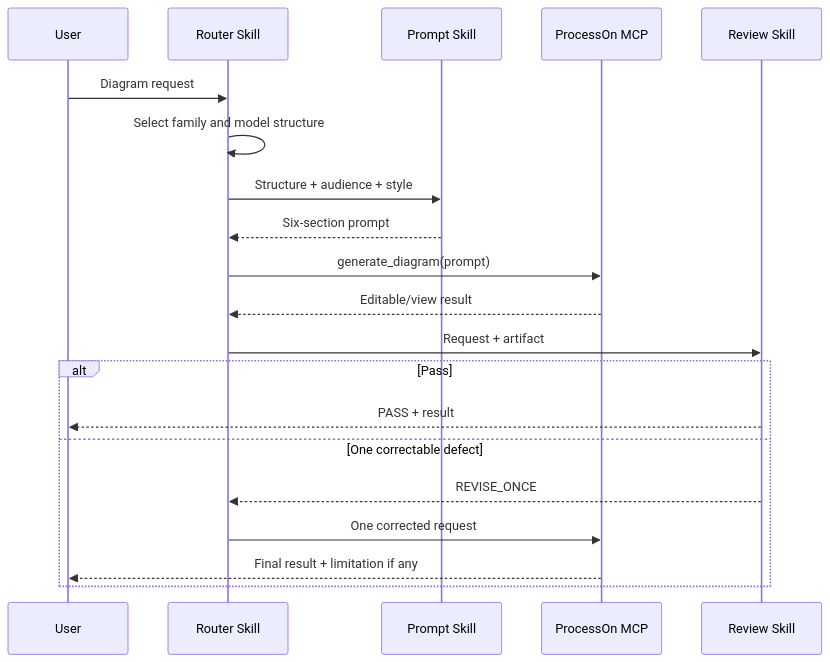
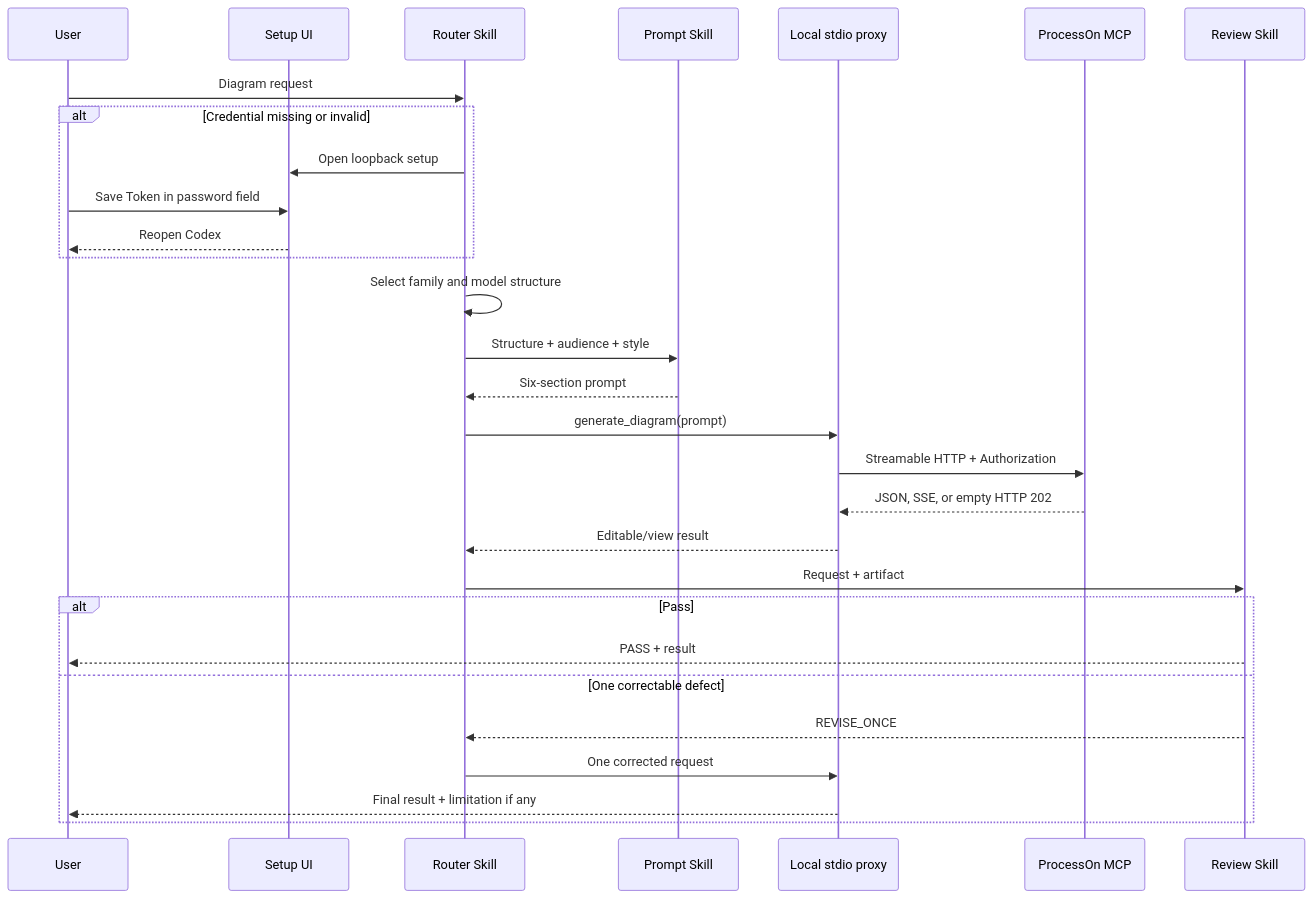
One commit to full-stack-plugins/partme-processon-plugin changed the diagram in docs/Codex-ProcessOn-Plugin-Technical-Solution.md. Above: the diagram before and after it, drawn with Mermaid. The commit also changed other lines of this file and 9 other files, not shown here.

````diff
--- a/docs/Codex-ProcessOn-Plugin-Technical-Solution.md
+++ b/docs/Codex-ProcessOn-Plugin-Technical-Solution.md
@@ -9,22 +9,31 @@
 ```mermaid
 sequenceDiagram
     participant U as User
+    participant S as Setup UI
     participant R as Router Skill
     participant P as Prompt Skill
+    participant X as Local stdio proxy
     participant M as ProcessOn MCP
     participant Q as Review Skill
     U->>R: Diagram request
+    alt Credential missing or invalid
+        R->>S: Open loopback setup
+        U->>S: Save Token in password field
+        S-->>U: Reopen Codex
+    end
     R->>R: Select family and model structure
     R->>P: Structure + audience + style
     P-->>R: Six-section prompt
-    R->>M: generate_diagram(prompt)
-    M-->>R: Editable/view result
+    R->>X: generate_diagram(prompt)
+    X->>M: Streamable HTTP + Authorization
+    M-->>X: JSON, SSE, or empty HTTP 202
+    X-->>R: Editable/view result
     R->>Q: Request + artifact
     alt Pass
         Q-->>U: PASS + result
     else One correctable defect
         Q-->>R: REVISE_ONCE
-        R->>M: One corrected request
-        M-->>U: Final result + limitation if any
+        R->>X: One corrected request
+        X-->>U: Final result + limitation if any
     end
 ```
````
